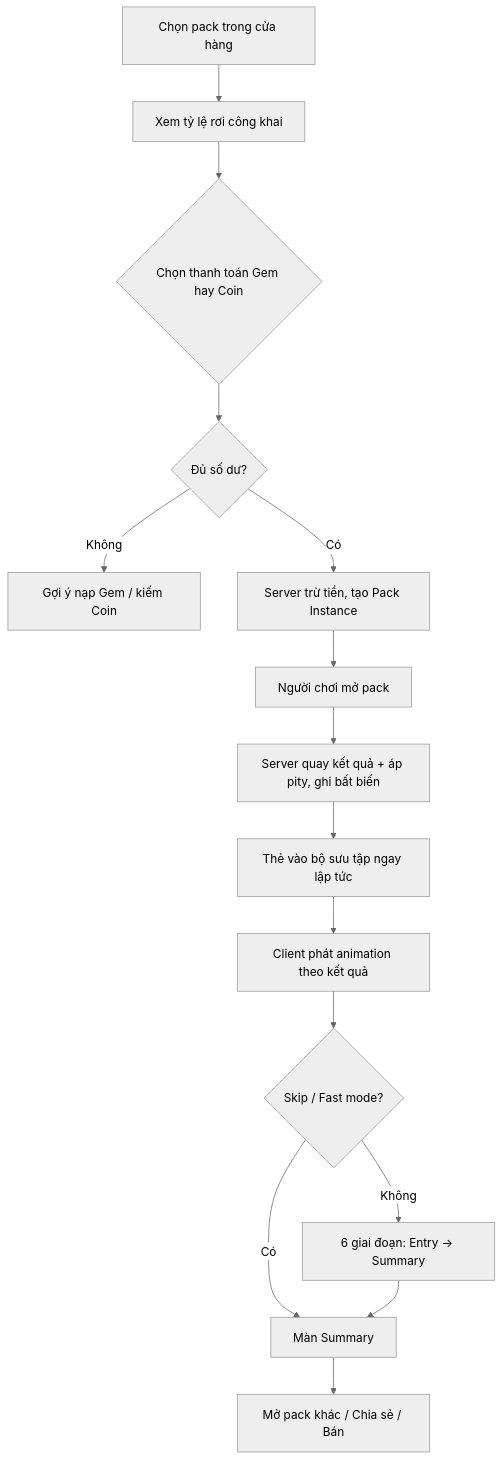
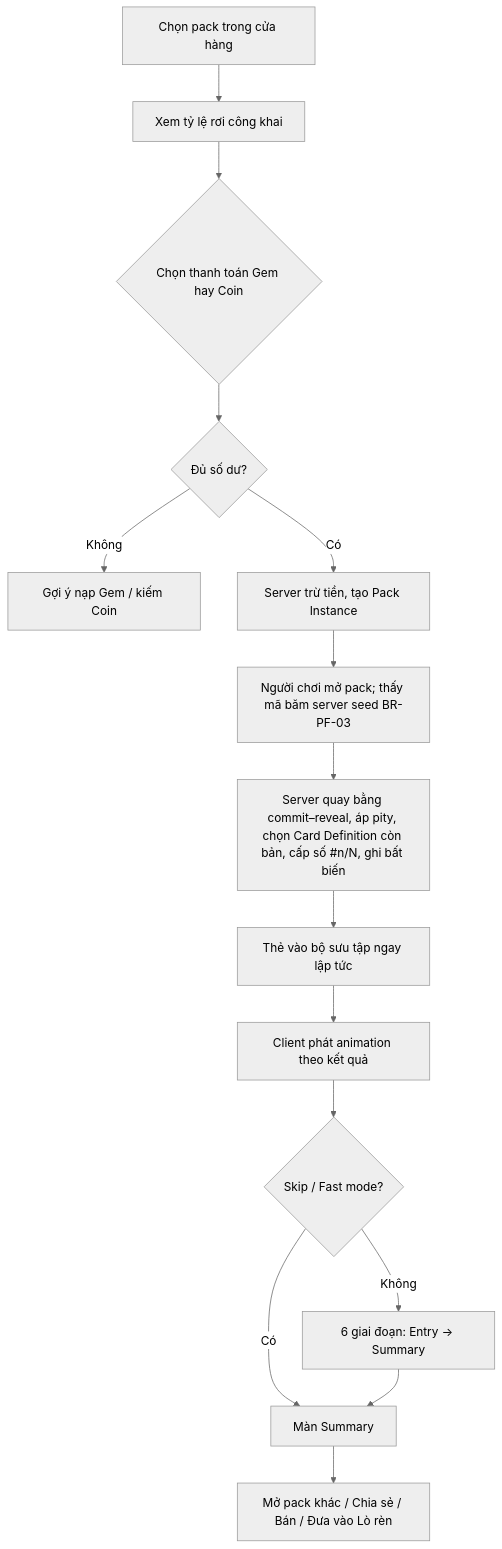
One commit to huynhdien1610/ClaudeCode changed the second of 9 diagrams in docs/BRD_ANIMA.md. Above: the diagram before and after it, drawn with Mermaid (neutral theme). The commit also changed other lines of this file and 12 other files, not shown here.

````diff
--- a/docs/BRD_ANIMA.md
+++ b/docs/BRD_ANIMA.md
@@ -361,17 +387,17 @@
 ```mermaid
 flowchart TD
     A[Chọn pack trong cửa hàng] --> B[Xem tỷ lệ rơi công khai]
     B --> C{Chọn thanh toán Gem hay Coin}
     C --> D{Đủ số dư?}
     D -- Không --> E[Gợi ý nạp Gem / kiếm Coin]
     D -- Có --> F[Server trừ tiền, tạo Pack Instance]
-    F --> G[Người chơi mở pack]
-    G --> H[Server quay kết quả + áp pity, ghi bất biến]
+    F --> G[Người chơi mở pack; thấy mã băm server seed BR-PF-03]
+    G --> H[Server quay bằng commit–reveal, áp pity, chọn Card Definition còn bản, cấp số #n/N, ghi bất biến]
     H --> I[Thẻ vào bộ sưu tập ngay lập tức]
     I --> J[Client phát animation theo kết quả]
     J --> K{Skip / Fast mode?}
     K -- Có --> L[Màn Summary]
     K -- Không --> M[6 giai đoạn: Entry → Summary]
     M --> L
-    L --> N[Mở pack khác / Chia sẻ / Bán]
+    L --> N[Mở pack khác / Chia sẻ / Bán / Đưa vào Lò rèn]
 ```
````
